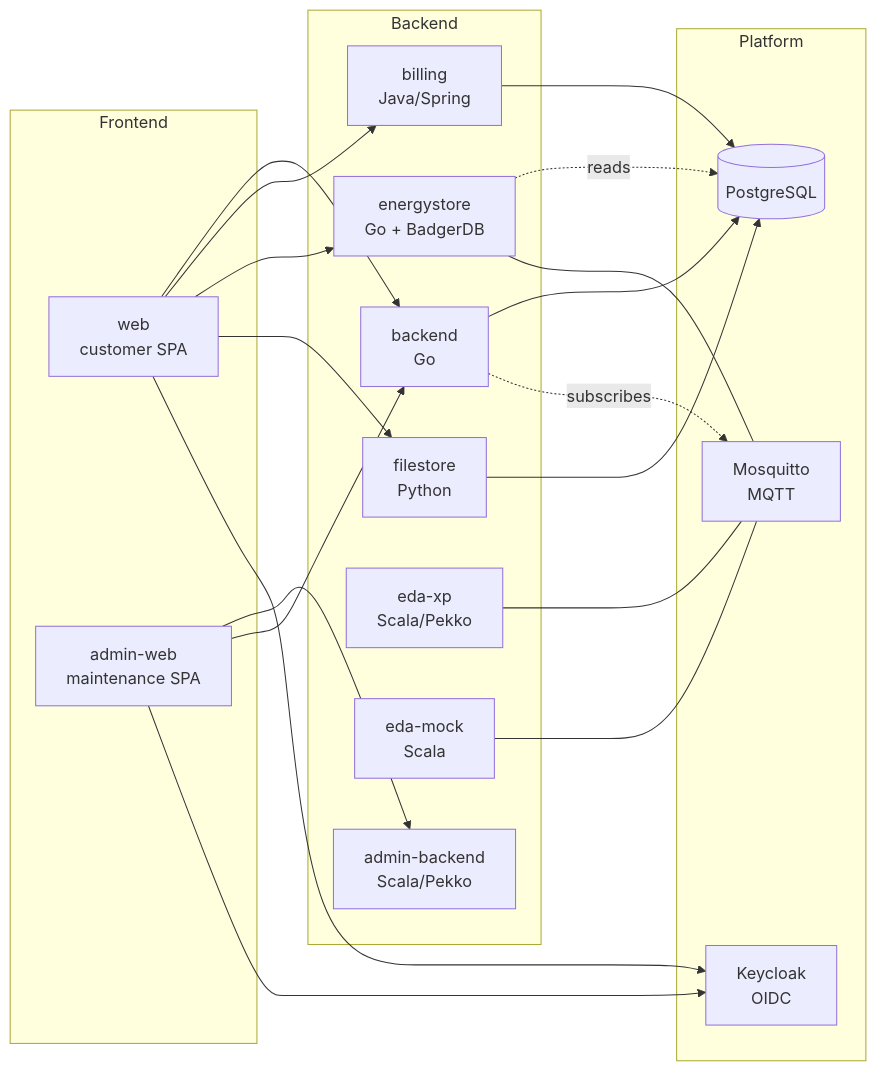
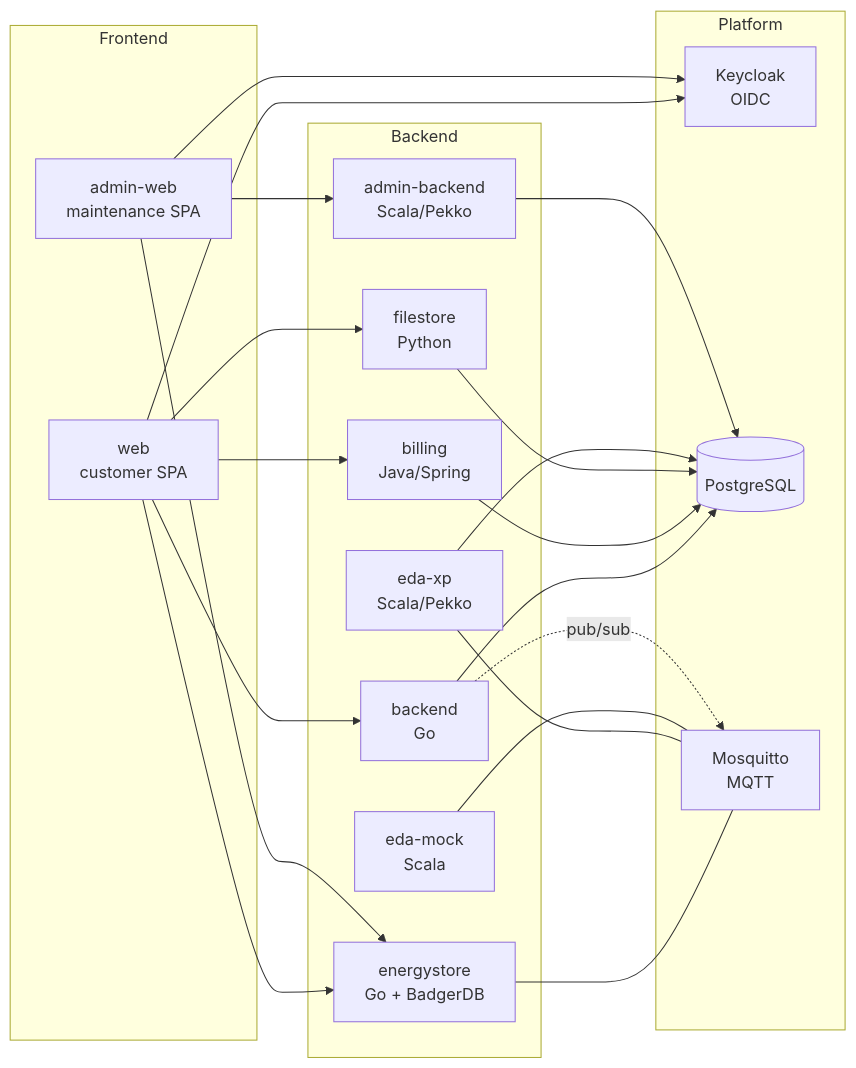
Before and after one commit to eegfaktura/eegfaktura-docs: the diagram in docs/architecture/overview.md, drawn with Mermaid. The commit also changed other lines of this file and 2 other files, not shown here.

Commit message:
docs(architecture): fix overview data flows, EDA process codes and states

````diff
--- a/docs/architecture/overview.md
+++ b/docs/architecture/overview.md
@@ -7,42 +7,43 @@
 ```mermaid
 flowchart LR
   subgraph Frontend
     WEB[web<br/>customer SPA]
     AWEB[admin-web<br/>maintenance SPA]
   end
 
   subgraph Backend
     BE[backend<br/>Go]
     BI[billing<br/>Java/Spring]
     ES[energystore<br/>Go + BadgerDB]
     FS[filestore<br/>Python]
     EX[eda-xp<br/>Scala/Pekko]
     EM[eda-mock<br/>Scala]
     AB[admin-backend<br/>Scala/Pekko]
   end
 
   subgraph Platform
     KC[Keycloak<br/>OIDC]
     PG[(PostgreSQL)]
     MQ[Mosquitto<br/>MQTT]
   end
 
   WEB --> BE
   WEB --> BI
   WEB --> ES
   WEB --> FS
   AWEB --> AB
-  AWEB --> BE
+  AWEB --> ES
   WEB --> KC
   AWEB --> KC
 
   BE --> PG
   BI --> PG
   FS --> PG
-  ES -.->|reads| PG
+  EX --> PG
+  AB --> PG
 
   ES --- MQ
   EX --- MQ
   EM --- MQ
-  BE -.->|subscribes| MQ
+  BE -.->|pub/sub| MQ
 ```
````
